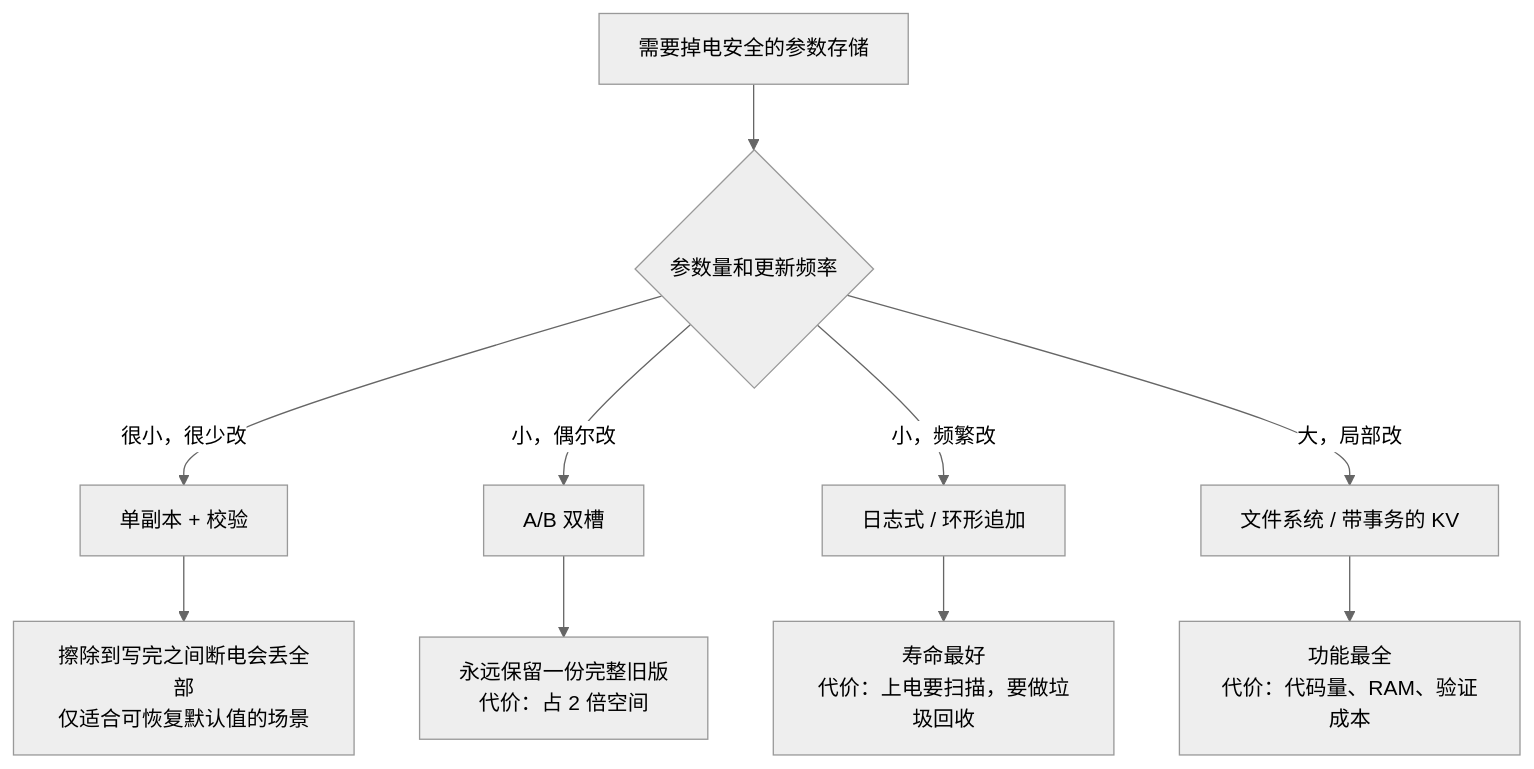
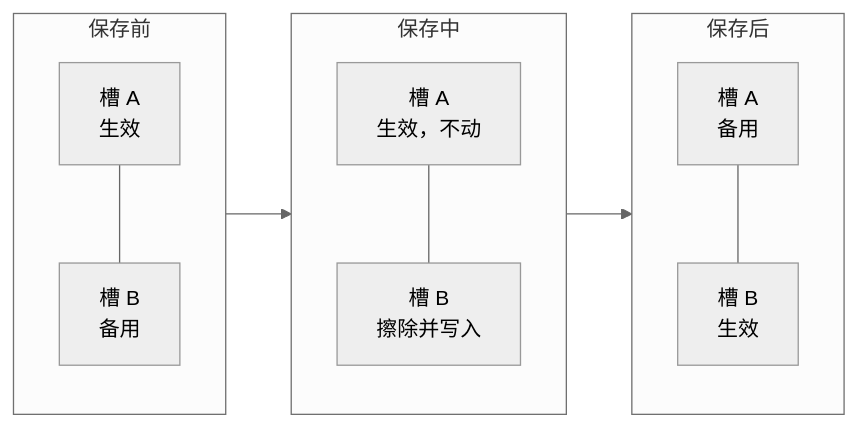
Before and after one commit to top-ws12345/top-ws12345.github.io: the second of 5 diagrams in _posts/2026-11-23-ab-flash-param.md, drawn with Mermaid (neutral theme). The commit also changed other lines of this file and 5 other files, not shown here.

Commit message:
[post] 6 篇文章重写为进阶版：按问题、约束、方案对比、失效模式、验证方法组织，每篇 4~6 张图

````diff
--- a/_posts/2026-11-23-ab-flash-param.md
+++ b/_posts/2026-11-23-ab-flash-param.md
@@ -30,12 +55,13 @@
 ```mermaid
-flowchart TD
-    A[需要掉电安全的参数存储] --> B{参数量和更新频率}
-    B -->|很小，很少改| C[单副本 + 校验]
-    B -->|小，偶尔改| D[A/B 双槽]
-    B -->|小，频繁改| E[日志式 / 环形追加]
-    B -->|大，局部改| F[文件系统 / 带事务的 KV]
-    C --> C1[擦除到写完之间断电会丢全部<br/>仅适合可恢复默认值的场景]
-    D --> D1[永远保留一份完整旧版<br/>代价：占 2 倍空间]
-    E --> E1[寿命最好<br/>代价：上电要扫描，要做垃圾回收]
-    F --> F1[功能最全<br/>代价：代码量、RAM、验证成本]
+flowchart LR
+    subgraph before[保存前]
+        A1[槽 A<br/>生效] --- B1[槽 B<br/>备用]
+    end
+    subgraph during[保存中]
+        A2[槽 A<br/>生效，不动] --- B2[槽 B<br/>擦除并写入]
+    end
+    subgraph after[保存后]
+        A3[槽 A<br/>备用] --- B3[槽 B<br/>生效]
+    end
+    before --> during --> after
 ```
````
